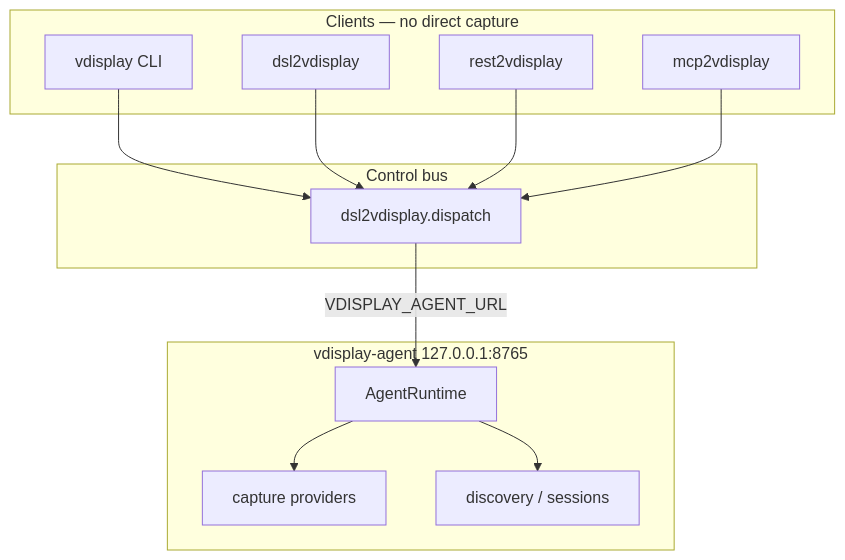
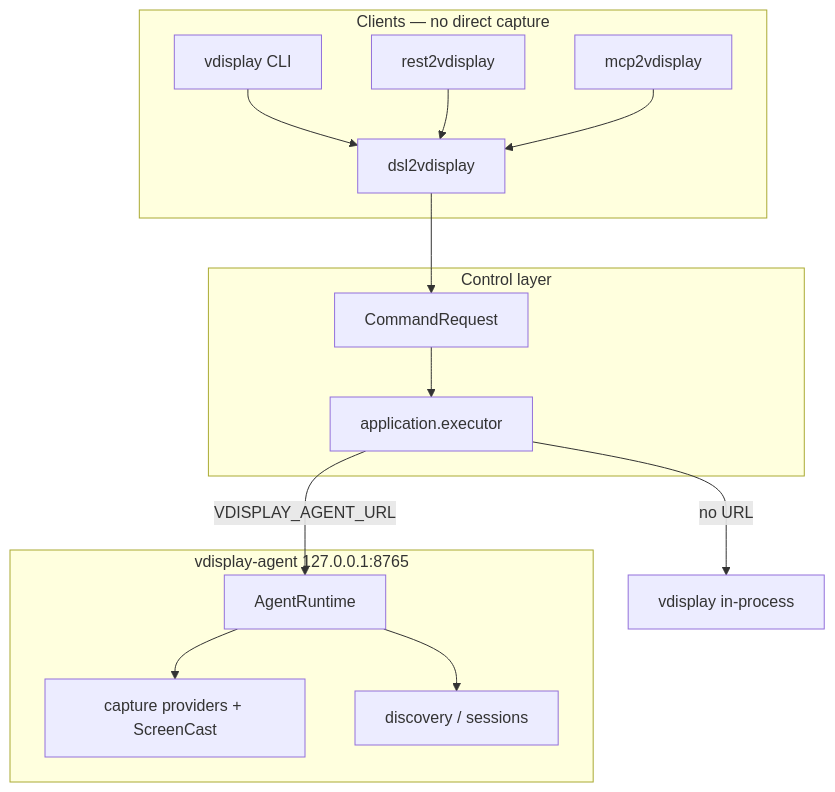
Before and after one commit to wronai/vdisplay: the diagram in docs/agent-broker.md, drawn with Mermaid. The commit also changed other lines of this file and 102 other files, not shown here.

````diff
--- a/docs/agent-broker.md
+++ b/docs/agent-broker.md
@@ -9,24 +9,27 @@
 ```mermaid
 flowchart TB
   subgraph clients [Clients — no direct capture]
     CLI[vdisplay CLI]
     DSL[dsl2vdisplay]
     REST[rest2vdisplay]
     MCP[mcp2vdisplay]
   end
-  subgraph control [Control bus]
-    BUS[dsl2vdisplay.dispatch]
+  subgraph control [Control layer]
+    REQ[CommandRequest]
+    EXEC[application.executor]
   end
   subgraph broker [vdisplay-agent 127.0.0.1:8765]
     RT[AgentRuntime]
-    CAP[capture providers]
+    CAP[capture providers + ScreenCast]
     DISC[discovery / sessions]
   end
-  CLI --> BUS
-  DSL --> BUS
-  REST --> BUS
-  MCP --> BUS
-  BUS -->|VDISPLAY_AGENT_URL| RT
+  CLI --> DSL
+  DSL --> REQ
+  REQ --> EXEC
+  REST --> DSL
+  MCP --> DSL
+  EXEC -->|VDISPLAY_AGENT_URL| RT
+  EXEC -->|no URL| LOCAL[vdisplay in-process]
   RT --> CAP
   RT --> DISC
 ```
````
